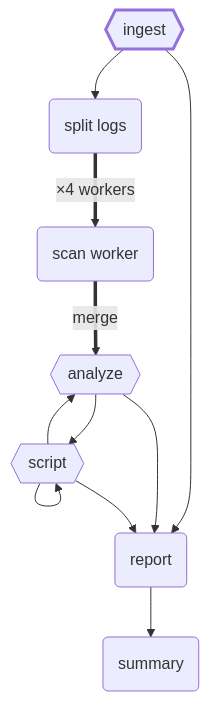
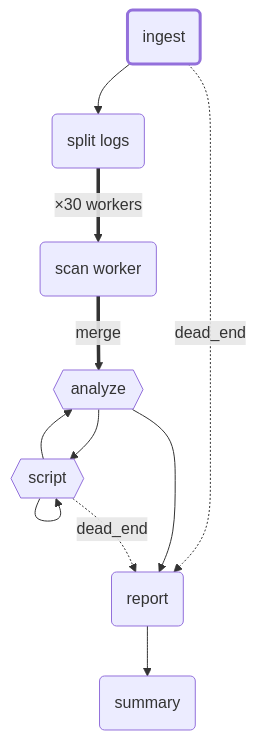
One commit to GEMISIS/leviath changed the diagram in docs/assets/agents/src/log-analyzer.mmd. Above: the diagram before and after it, drawn with Mermaid. The commit also changed 28 other files, not shown here.

First line of the commit message:
docs(agents): orchestrator catalog entry, regenerated diagrams, eight-agent counts

```diff
--- a/docs/assets/agents/src/log-analyzer.mmd
+++ b/docs/assets/agents/src/log-analyzer.mmd
@@ -1,20 +1,20 @@
 flowchart TD
-    ingest{{ingest}}
+    ingest(ingest)
     split_logs(split logs)
     scan_worker(scan worker)
     analyze{{analyze}}
     script{{script}}
     report(report)
     summary(summary)
     ingest --> split_logs
-    ingest --> report
-    split_logs ==>|×4 workers| scan_worker
+    ingest -. dead_end .-> report
+    split_logs ==>|×30 workers| scan_worker
     scan_worker ==>|merge| analyze
     analyze --> script
     analyze --> report
     script --> script
     script --> analyze
-    script --> report
+    script -. dead_end .-> report
     report --> summary
     classDef entry stroke-width:3px
     class ingest entry
```
